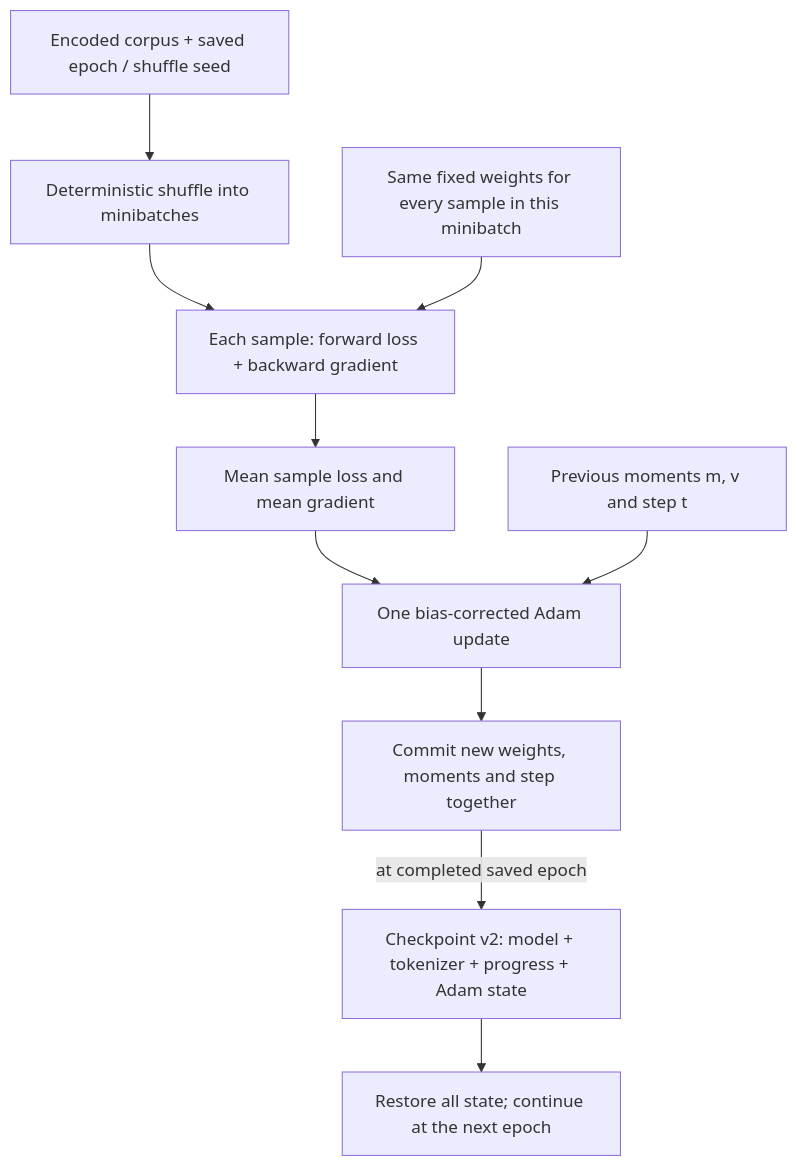
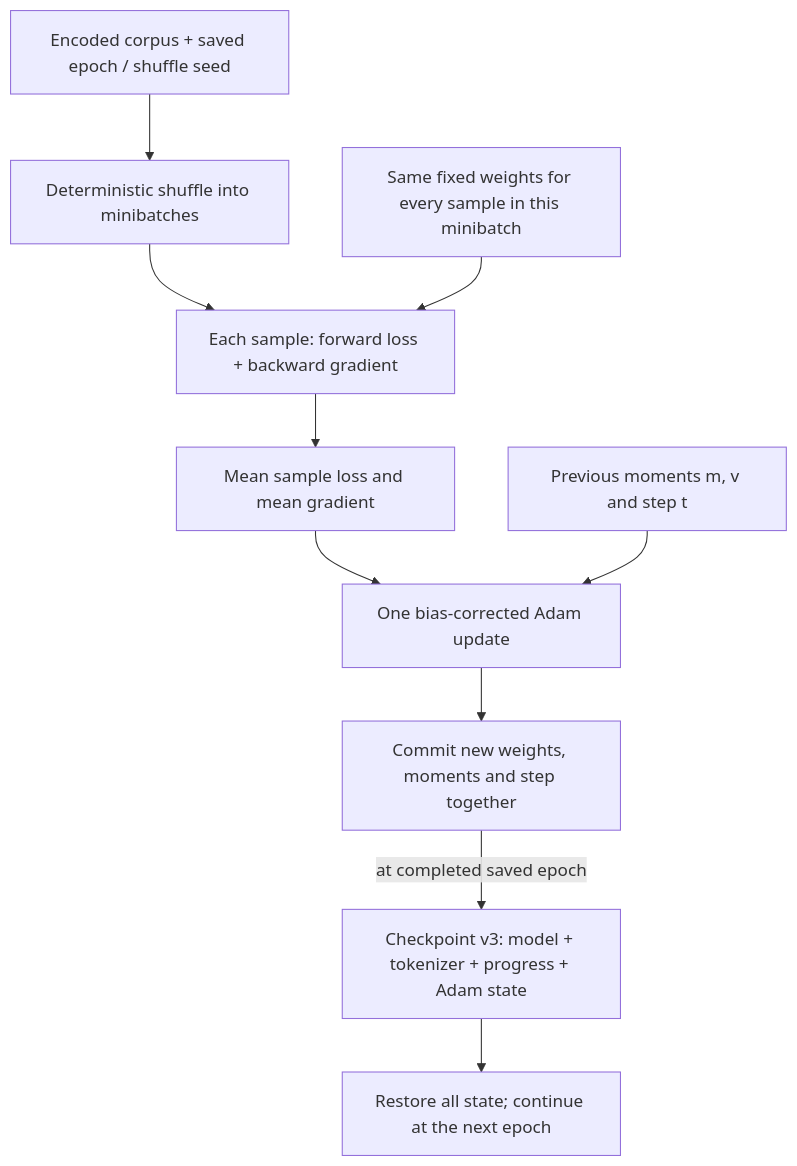
One commit to kleberandrade/neural-networks-dot-net changed the diagram in docs/architectures/transformer-minibatch-adam.md. Above: the diagram before and after it, drawn with Mermaid. The commit also changed other lines of this file and 8 other files, not shown here.

````diff
--- a/docs/architectures/transformer-minibatch-adam.md
+++ b/docs/architectures/transformer-minibatch-adam.md
@@ -5,12 +5,12 @@
 ```mermaid
 flowchart TD
     C["Encoded corpus + saved epoch / shuffle seed"] --> S["Deterministic shuffle into minibatches"]
     S --> B["Each sample: forward loss + backward gradient"]
     W["Same fixed weights for every sample in this minibatch"] --> B
     B --> G["Mean sample loss and mean gradient"]
     G --> A["One bias-corrected Adam update"]
     M["Previous moments m, v and step t"] --> A
     A --> U["Commit new weights, moments and step together"]
-    U -- "at completed saved epoch" --> F["Checkpoint v2: model + tokenizer + progress + Adam state"]
+    U -- "at completed saved epoch" --> F["Checkpoint v3: model + tokenizer + progress + Adam state"]
     F --> L["Restore all state; continue at the next epoch"]
 ```
````
